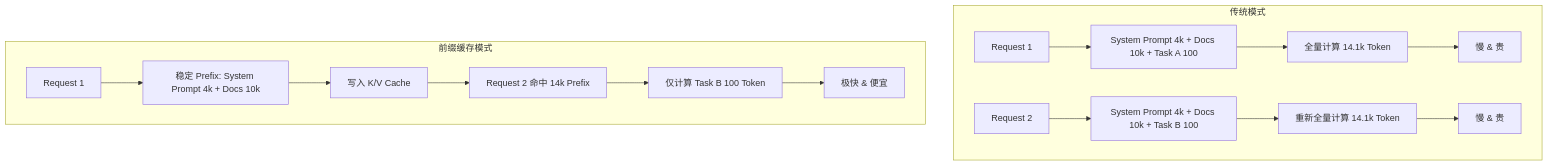
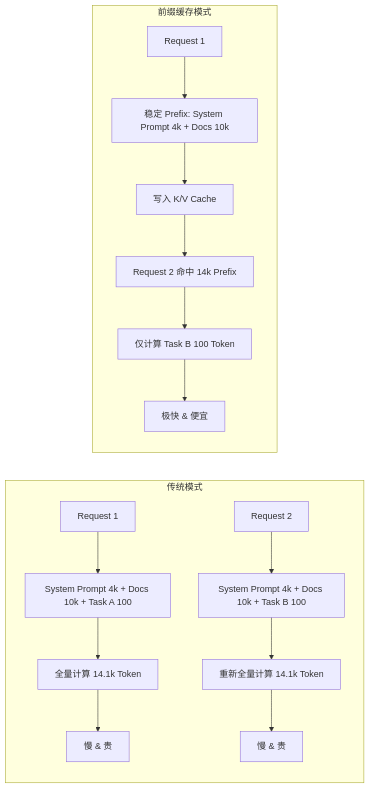
Before and after one commit to soofjan1234/go-guide: the sixth of 6 diagrams in Guide/content/Agent/7.上下文工程/index.md, drawn with Mermaid. The commit also changed other lines of this file and 9 other files, not shown here.

````diff
--- a/Guide/content/Agent/7.上下文工程/index.md
+++ b/Guide/content/Agent/7.上下文工程/index.md
@@ -213,36 +213,36 @@
 ```mermaid
-graph TD
+graph LR
     A1["Request 1"] --> B1["System Prompt 4k + Docs 10k + Task A 100"]
     B1 --> C1["全量计算 14.1k Token"]
     C1 --> D1["慢 & 贵"]
 
     A2["Request 2"] --> B2["System Prompt 4k + Docs 10k + Task B 100"]
     B2 --> C2["重新全量计算 14.1k Token"]
     C2 --> D2["慢 & 贵"]
 
     E1["Request 1"] --> F1["稳定 Prefix: System Prompt 4k + Docs 10k"]
     F1 --> G1["写入 K/V Cache"]
     G1 --> H1["Request 2 命中 14k Prefix"]
     H1 --> I1["仅计算 Task B 100 Token"]
     I1 --> J1["极快 & 便宜"]
 
     subgraph old["传统模式"]
         A1
         B1
         C1
         D1
         A2
         B2
         C2
         D2
     end
 
     subgraph cached["前缀缓存模式"]
         E1
         F1
         G1
         H1
         I1
         J1
     end
 ```
````
